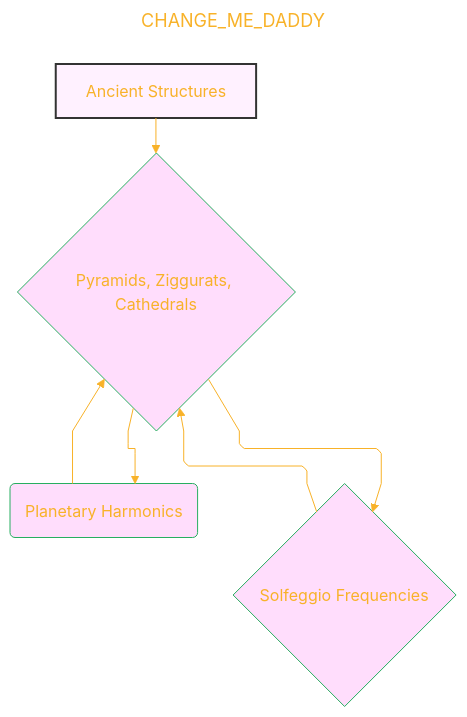
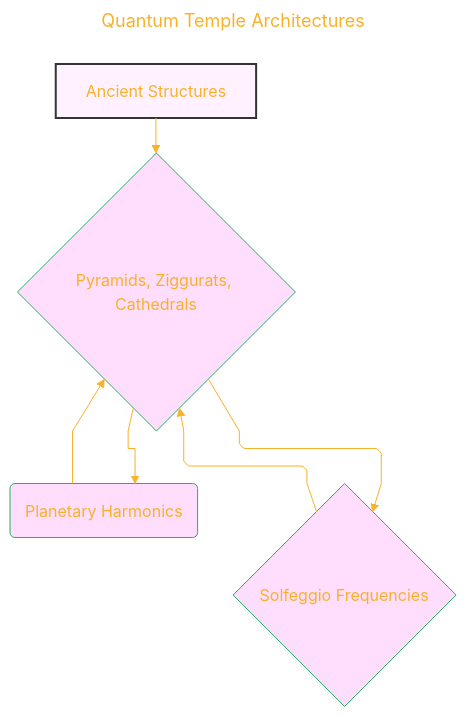
The sixth of 6 diagrams in Quantum_Harmonic_Atomic_Model/Quantum_Harmonic_Atomic_Model_Draft_9.md (CongLeSolutionX/Harmonic_Atomica), drawn with Mermaid before and after one commit. The commit also changed other lines of this file, not shown here.

````diff
--- a/Quantum_Harmonic_Atomic_Model/Quantum_Harmonic_Atomic_Model_Draft_9.md
+++ b/Quantum_Harmonic_Atomic_Model/Quantum_Harmonic_Atomic_Model_Draft_9.md
@@ -340,40 +340,40 @@
 ```mermaid
 ---
-title: "CHANGE_ME_DADDY"
+title: "Quantum Temple Architectures"
 author: "Cong Le"
 version: "1.0"
 license(s): "MIT, CC BY 4.0"
 copyright: "Copyright (c) 2025 Cong Le. All Rights Reserved."
 config:
   layout: elk
   theme: base
 ---
 %%%%%%%% Mermaid version v11.4.1-b.14
 %%%%%%%% Available curve styles include the following keywords:
 %% basis, bumpX, bumpY, cardinal, catmullRom, linear, monotoneX, monotoneY, natural, step, stepAfter, stepBefore.
 %%{
   init: {
     'flowchart': { 'htmlLabels': false, 'curve': 'linear' },
     'fontFamily': 'Monaco',
     'themeVariables': {
       'primaryColor': '#F5E3',
       'primaryTextColor': '#F8B229',
       'lineColor': '#F8B229',
       'primaryBorderColor': '#27AE60',
       'secondaryColor': '#EBDEF0',
       'secondaryTextColor': '#6C3483',
       'secondaryBorderColor': '#A569BD'
     }
   }
 }%%
 flowchart TD
     A["Ancient Structures"] --> B{"Pyramids, Ziggurats, Cathedrals"}
     B --> C("Planetary Harmonics")
     B --> D{"Solfeggio Frequencies"}
     
     C --> B
     D --> B
 
 	style A fill:#f9f2,stroke:#333,stroke-width:2px
     
 ```
````
